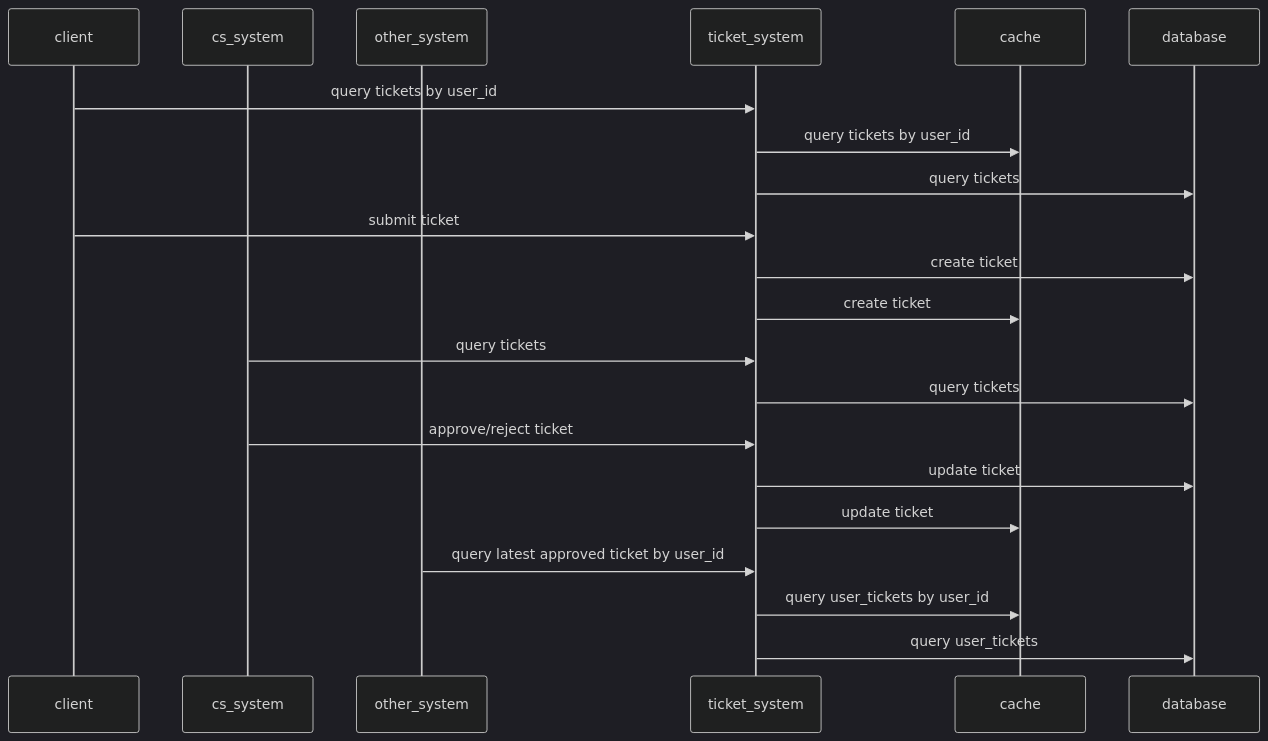
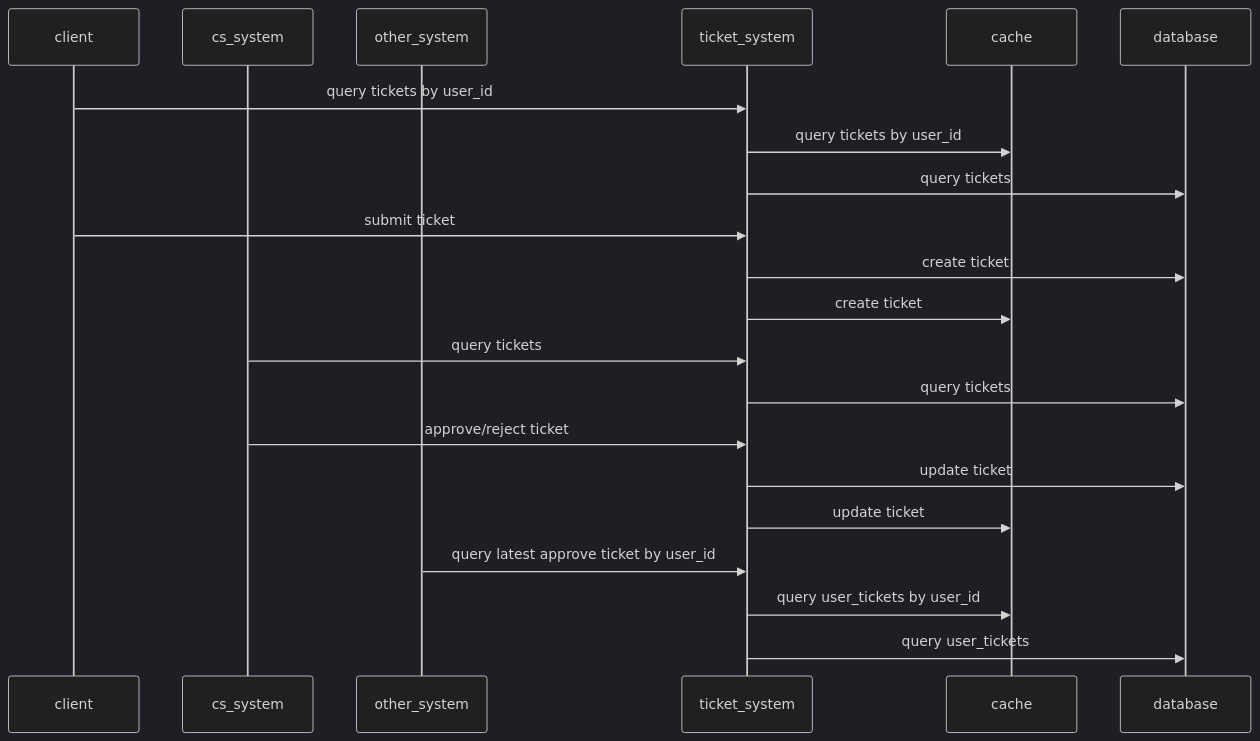
The diagram in posts/2025-12-30-ticket-system.md (haunt98/posts-go), drawn with Mermaid (dark theme) before and after one commit. The commit also changed other lines of this file and 3 other files, not shown here.

````diff
--- a/posts/2025-12-30-ticket-system.md
+++ b/posts/2025-12-30-ticket-system.md
@@ -52,28 +52,28 @@
 ```mermaid
 sequenceDiagram
     participant client
     participant cs_system
     participant other_system
     participant ticket_system
     participant cache
     participant database
 
     client ->> ticket_system: query tickets by user_id
     ticket_system ->> cache: query tickets by user_id
     ticket_system ->> database: query tickets
 
     client ->> ticket_system: submit ticket
     ticket_system ->> database: create ticket
     ticket_system ->> cache: create ticket
 
     cs_system ->> ticket_system: query tickets
     ticket_system ->> database: query tickets
 
     cs_system ->> ticket_system: approve/reject ticket
     ticket_system ->> database: update ticket
     ticket_system ->> cache: update ticket
 
-    other_system ->> ticket_system: query latest approved ticket by user_id
+    other_system ->> ticket_system: query latest approve ticket by user_id
     ticket_system ->> cache: query user_tickets by user_id
     ticket_system ->> database: query user_tickets
 ```
````
